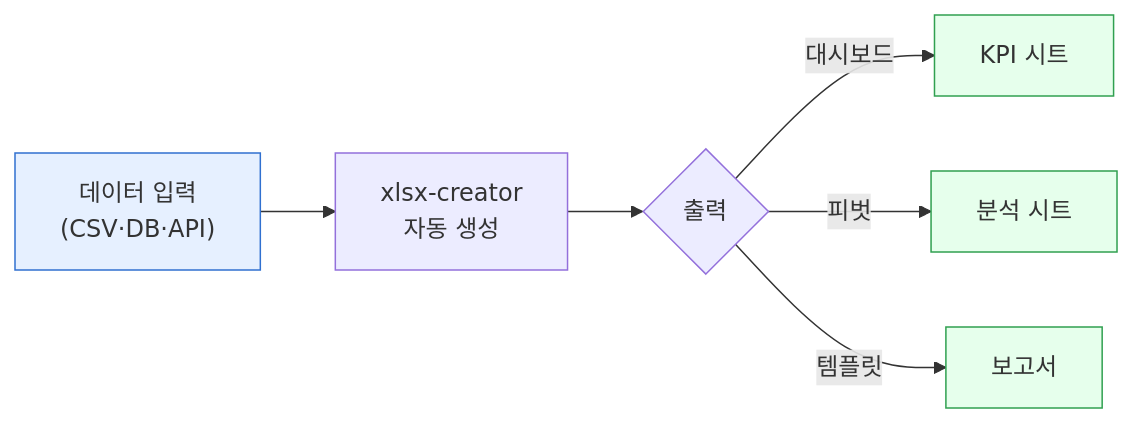
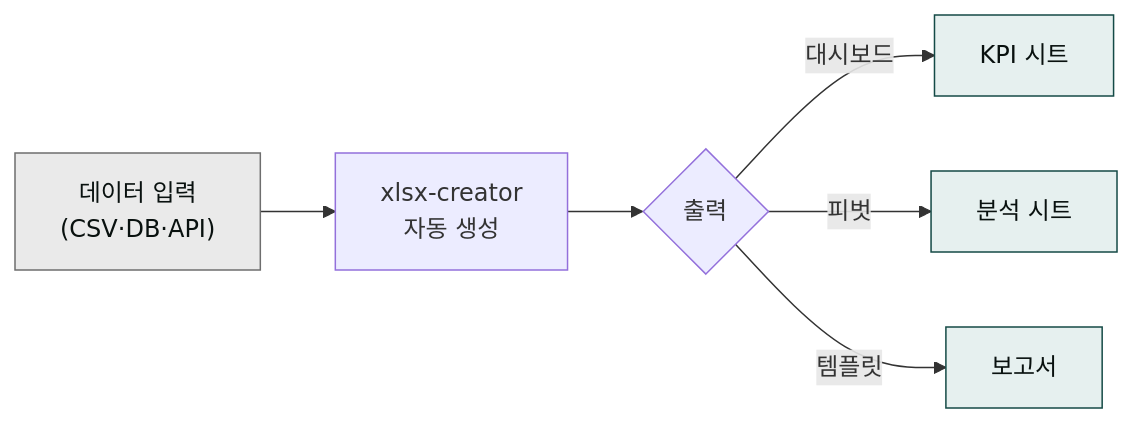
Before and after one commit to modu-ai/claude: the diagram in content/cookbook/templates/excel.md, drawn with Mermaid. The commit also changed 97 other files, not shown here.

First line of the commit message:
style(docs-site): mermaid 색상 브랜드 정합 + 라이트 테마 단일화

````diff
--- a/content/cookbook/templates/excel.md
+++ b/content/cookbook/templates/excel.md
@@ -9,13 +9,13 @@
 ```mermaid
 flowchart LR
     A["데이터 입력<br/>(CSV·DB·API)"] --> B["xlsx-creator<br/>자동 생성"]
     B --> C{"출력"}
     C -- "대시보드" --> D["KPI 시트"]
     C -- "피벗" --> E["분석 시트"]
     C -- "템플릿" --> F["보고서"]
 
-    style A fill:#e6f0ff,stroke:#3070d0
-    style D fill:#e6ffec,stroke:#30a050
-    style E fill:#e6ffec,stroke:#30a050
-    style F fill:#e6ffec,stroke:#30a050
+    style A fill:#eaeaea,stroke:#6e6e6e,color:#09110f
+    style D fill:#e6f0ef,stroke:#144a46,color:#09110f
+    style E fill:#e6f0ef,stroke:#144a46,color:#09110f
+    style F fill:#e6f0ef,stroke:#144a46,color:#09110f
 ```
````
